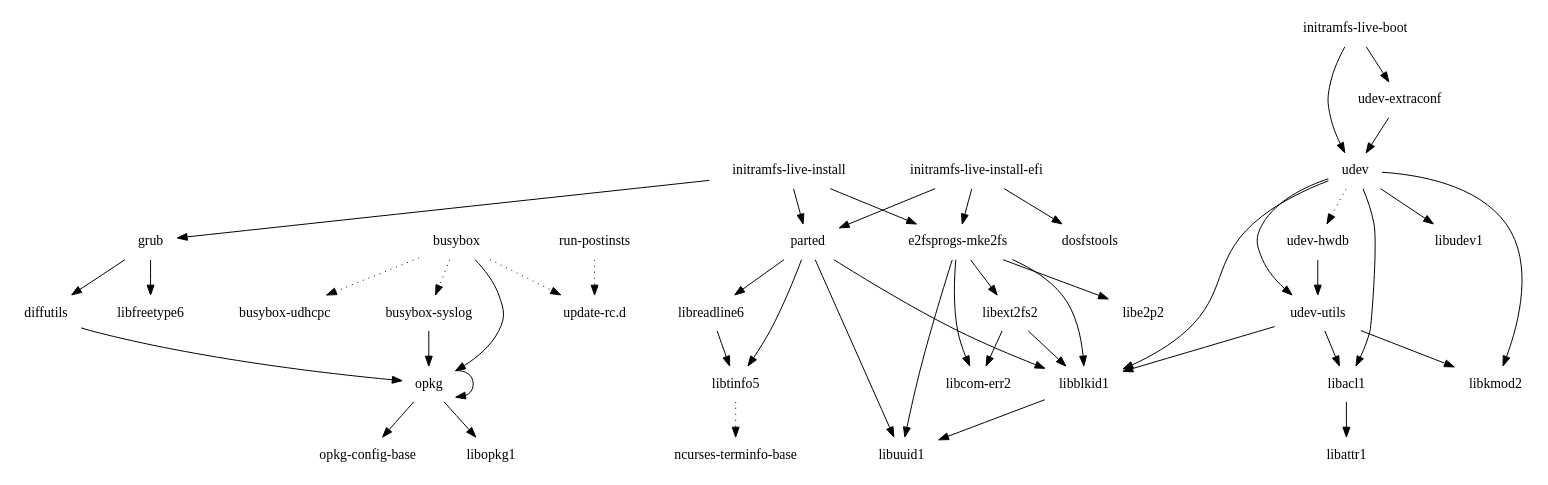
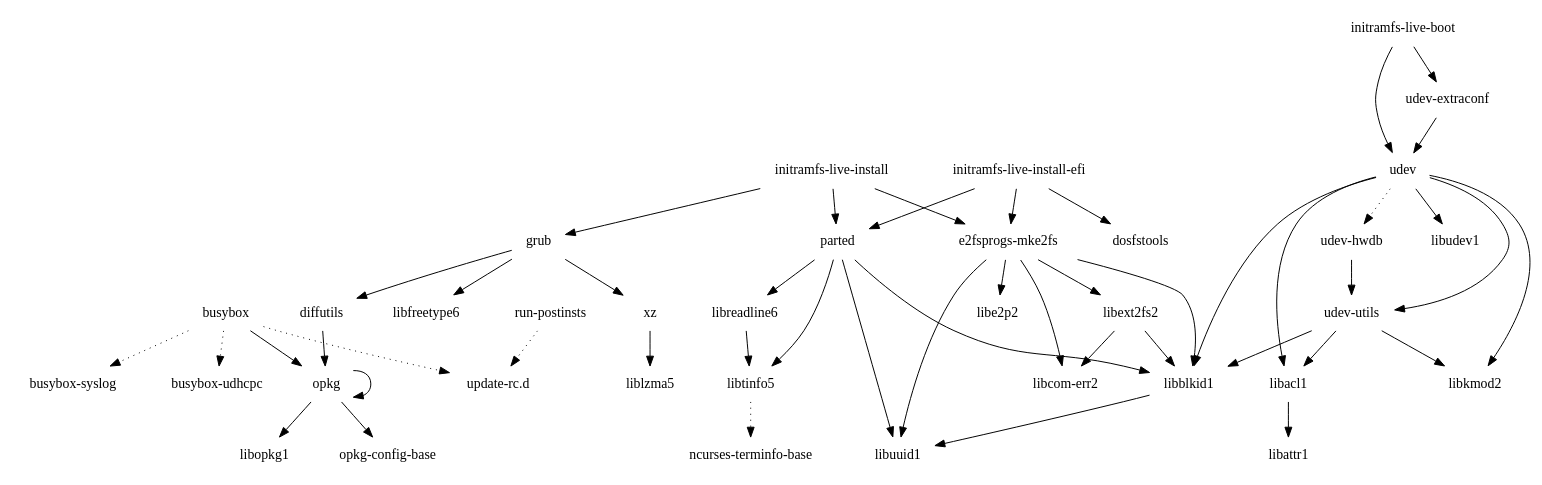
The diagram in images/fri2/eglibc/core-image-minimal-initramfs/depends-nokernel-nolibc.dot (Angstrom-distribution/buildhistory), drawn with Graphviz before and after one commit. The commit also changed 38 other files, not shown here.

```diff
--- a/images/fri2/eglibc/core-image-minimal-initramfs/depends-nokernel-nolibc.dot
+++ b/images/fri2/eglibc/core-image-minimal-initramfs/depends-nokernel-nolibc.dot
@@ -1,49 +1,50 @@
 digraph depends {
     node [shape=plaintext]
 "busybox" -> "busybox-syslog" [style=dotted];
 "busybox" -> "busybox-udhcpc" [style=dotted];
 "busybox" -> "opkg";
 "busybox" -> "update-rc.d" [style=dotted];
-"busybox-syslog" -> "opkg";
 "diffutils" -> "opkg";
 "e2fsprogs-mke2fs" -> "libblkid1";
 "e2fsprogs-mke2fs" -> "libcom-err2";
 "e2fsprogs-mke2fs" -> "libe2p2";
 "e2fsprogs-mke2fs" -> "libext2fs2";
 "e2fsprogs-mke2fs" -> "libuuid1";
 "grub" -> "diffutils";
 "grub" -> "libfreetype6";
+"grub" -> "xz";
 "initramfs-live-boot" -> "udev";
 "initramfs-live-boot" -> "udev-extraconf";
 "initramfs-live-install" -> "e2fsprogs-mke2fs";
 "initramfs-live-install" -> "grub";
 "initramfs-live-install" -> "parted";
 "initramfs-live-install-efi" -> "dosfstools";
 "initramfs-live-install-efi" -> "e2fsprogs-mke2fs";
 "initramfs-live-install-efi" -> "parted";
 "libacl1" -> "libattr1";
 "libblkid1" -> "libuuid1";
 "libext2fs2" -> "libblkid1";
 "libext2fs2" -> "libcom-err2";
 "libreadline6" -> "libtinfo5";
 "libtinfo5" -> "ncurses-terminfo-base" [style=dotted];
 "opkg" -> "libopkg1";
 "opkg" -> "opkg";
 "opkg" -> "opkg-config-base";
 "parted" -> "libblkid1";
 "parted" -> "libreadline6";
 "parted" -> "libtinfo5";
 "parted" -> "libuuid1";
 "run-postinsts" -> "update-rc.d" [style=dotted];
 "udev" -> "libacl1";
 "udev" -> "libblkid1";
 "udev" -> "libkmod2";
 "udev" -> "libudev1";
 "udev" -> "udev-hwdb" [style=dotted];
 "udev" -> "udev-utils";
 "udev-extraconf" -> "udev";
 "udev-hwdb" -> "udev-utils";
 "udev-utils" -> "libacl1";
 "udev-utils" -> "libblkid1";
 "udev-utils" -> "libkmod2";
+"xz" -> "liblzma5";
 }
```
